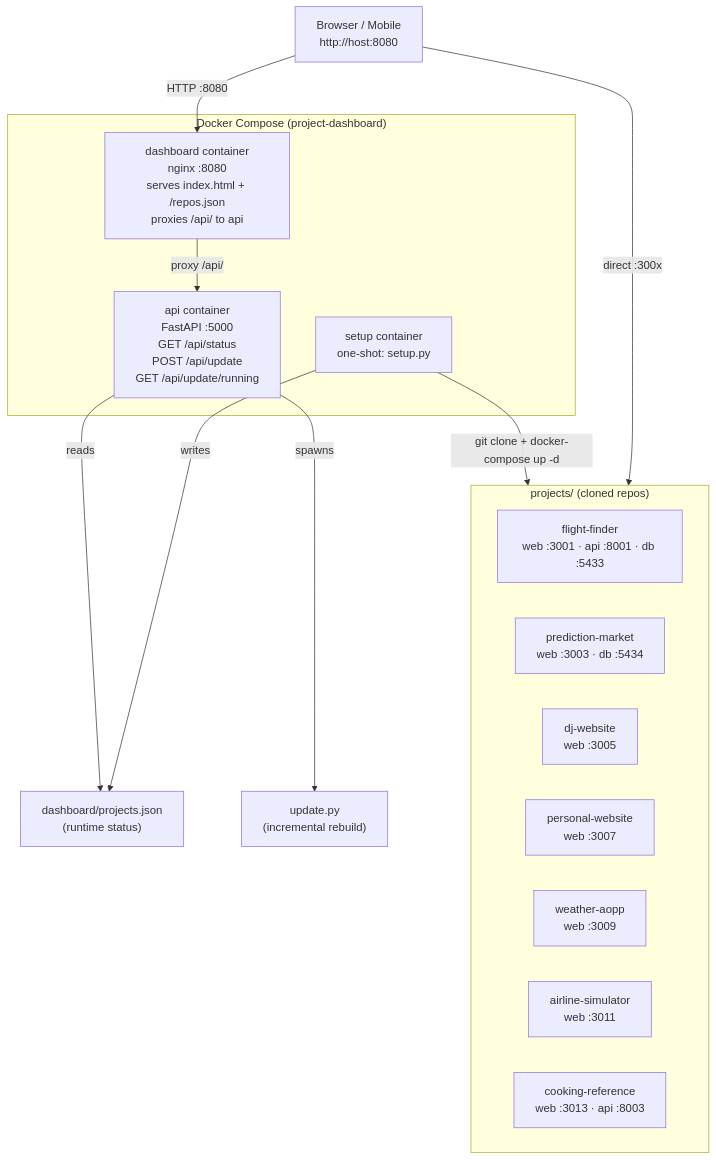
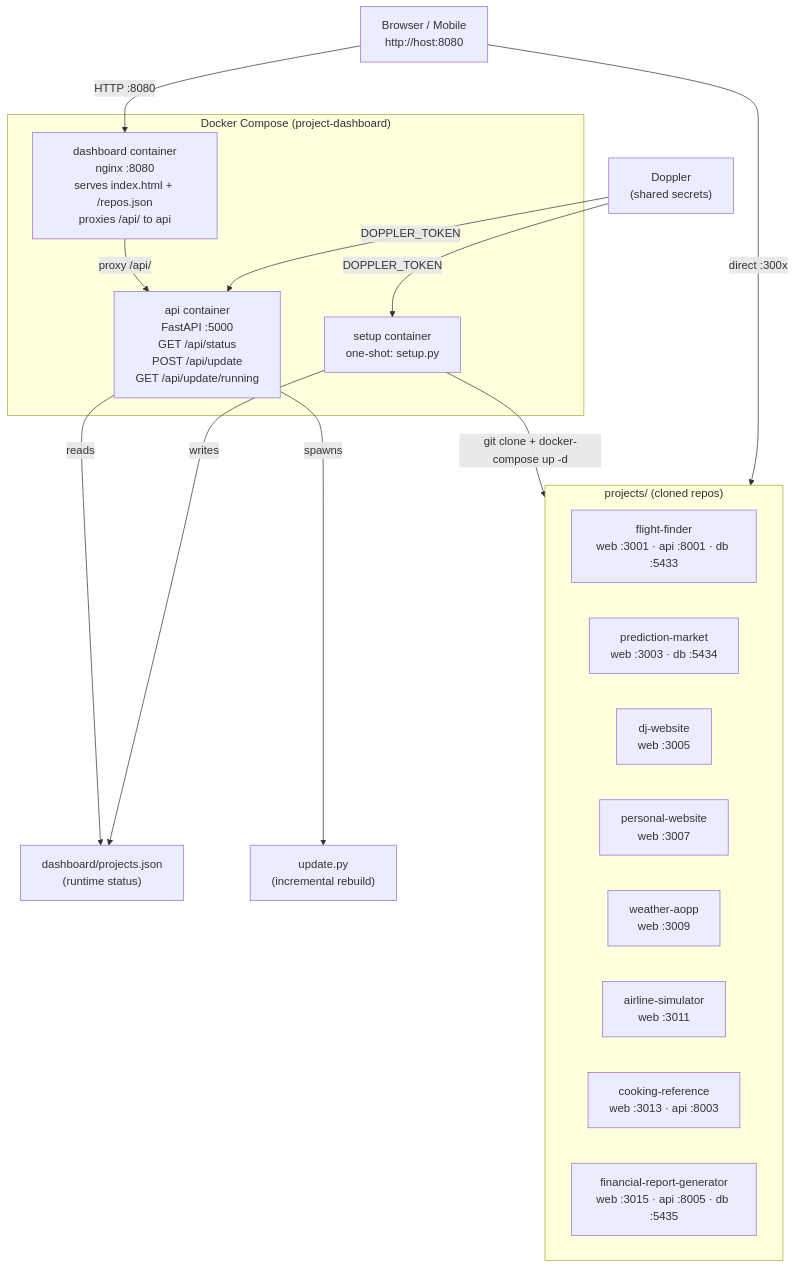
Before and after one commit to cole-ruehle/project-dashboard: the diagram in design.md, drawn with Mermaid. The commit also changed other lines of this file and 7 other files, not shown here.

First line of the commit message:
add Doppler secret management + financial-report-generator project

````diff
--- a/design.md
+++ b/design.md
@@ -3,30 +3,35 @@
 ```mermaid
 graph TD
     Browser["Browser / Mobile\nhttp://host:8080"]
 
     subgraph compose["Docker Compose (project-dashboard)"]
         Nginx["dashboard container\nnginx :8080\nserves index.html + /repos.json\nproxies /api/ to api"]
         API["api container\nFastAPI :5000\nGET /api/status\nPOST /api/update\nGET /api/update/running"]
         Setup["setup container\none-shot: setup.py"]
     end
 
     Browser -->|"HTTP :8080"| Nginx
     Nginx -->|"proxy /api/"| API
     API -->|"reads"| ProjJSON["dashboard/projects.json\n(runtime status)"]
     API -->|"spawns"| UpdatePy["update.py\n(incremental rebuild)"]
     Setup -->|"writes"| ProjJSON
     Setup -->|"git clone + docker-compose up -d"| Projects
 
+    Doppler["Doppler\n(shared secrets)"]
+    Doppler -->|"DOPPLER_TOKEN"| Setup
+    Doppler -->|"DOPPLER_TOKEN"| API
+
     subgraph Projects["projects/ (cloned repos)"]
         direction LR
         P1["flight-finder\nweb :3001 · api :8001 · db :5433"]
         P2["prediction-market\nweb :3003 · db :5434"]
         P3["dj-website\nweb :3005"]
         P4["personal-website\nweb :3007"]
         P5["weather-aopp\nweb :3009"]
         P6["airline-simulator\nweb :3011"]
         P7["cooking-reference\nweb :3013 · api :8003"]
+        P8["financial-report-generator\nweb :3015 · api :8005 · db :5435"]
     end
 
     Browser -->|"direct :300x"| Projects
 ```
````
